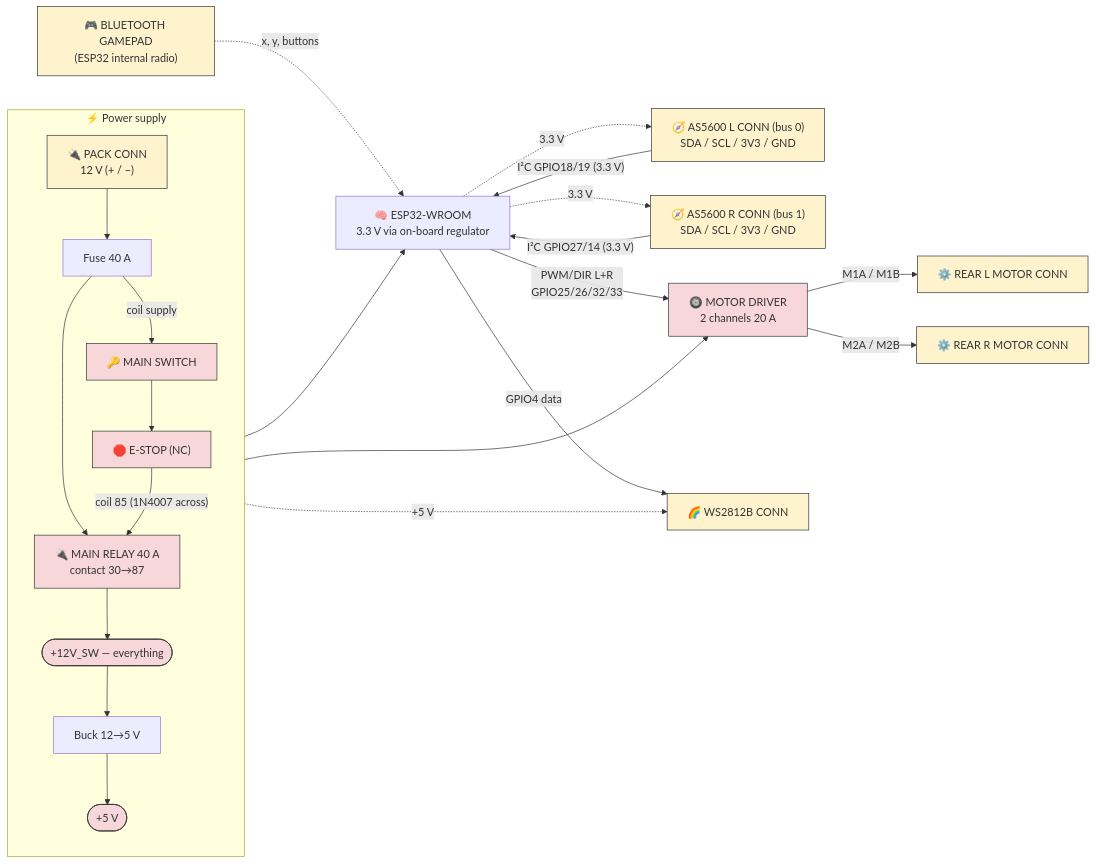
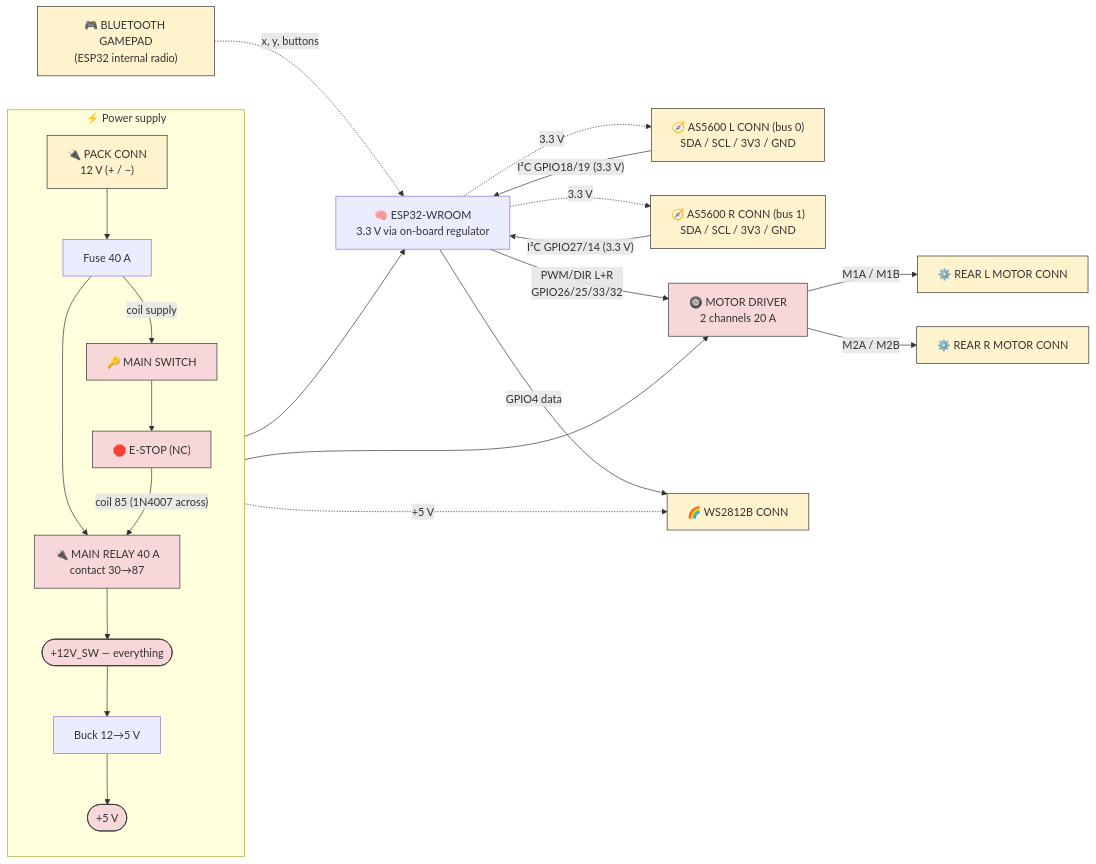
The seventh of 9 diagrams in README.md (pinkymaxou/powered-soapbox-car), drawn with Mermaid before and after one commit. The commit also changed other lines of this file and 4 other files, not shown here.

First line of the commit message:
PWM and DIR trade places on both motor channels

````diff
--- a/README.md
+++ b/README.md
@@ -522,32 +522,32 @@
 ```mermaid
 flowchart LR
     subgraph PWR["⚡ Power supply"]
         direction TB
         PA["🔌 PACK CONN<br/>12 V (+ / −)"] --> FA["Fuse 40 A"] --> BR["🔌 MAIN RELAY 40 A<br/>contact 30→87"]
         FA -->|"coil supply"| MSW["🔑 MAIN SWITCH"] --> ESTOP["🛑 E-STOP (NC)"] -->|"coil 85 (1N4007 across)"| BR
         BR --> RAIL(["+12V_SW — everything"])
         RAIL --> BUCK["Buck 12→5 V"] --> V5(["+5 V"])
     end
 
     ESP["🧠 ESP32-WROOM<br/>3.3 V via on-board regulator"]
     V5 --> ESP
 
     PAD["🎮 BLUETOOTH GAMEPAD<br/>(ESP32 internal radio)"] -.->|"x, y, buttons"| ESP
     EG["🧭 AS5600 L CONN (bus 0)<br/>SDA / SCL / 3V3 / GND"] -->|"I²C GPIO18/19 (3.3 V)"| ESP
     ED["🧭 AS5600 R CONN (bus 1)<br/>SDA / SCL / 3V3 / GND"] -->|"I²C GPIO27/14 (3.3 V)"| ESP
 
-    ESP -->|"PWM/DIR L+R<br/>GPIO25/26/32/33"| DRV["🛞 MOTOR DRIVER<br/>2 channels 20 A"]
+    ESP -->|"PWM/DIR L+R<br/>GPIO26/25/33/32"| DRV["🛞 MOTOR DRIVER<br/>2 channels 20 A"]
     RAIL --> DRV
     DRV -->|"M1A / M1B"| MG["⚙️ REAR L MOTOR CONN"]
     DRV -->|"M2A / M2B"| MD["⚙️ REAR R MOTOR CONN"]
     ESP -->|"GPIO4 data"| WS["🌈 WS2812B CONN"]
 
     V5 -. "+5 V" .-> WS
     ESP -. "3.3 V" .-> EG
     ESP -. "3.3 V" .-> ED
 
     classDef pwr fill:#f8d7da,stroke:#333;
     classDef conn fill:#fff3cd,stroke:#333;
     class RAIL,V5,BR,MSW,ESTOP,DRV pwr;
     class PA,PAD,EG,ED,MG,MD,WS conn;
 ```
````
